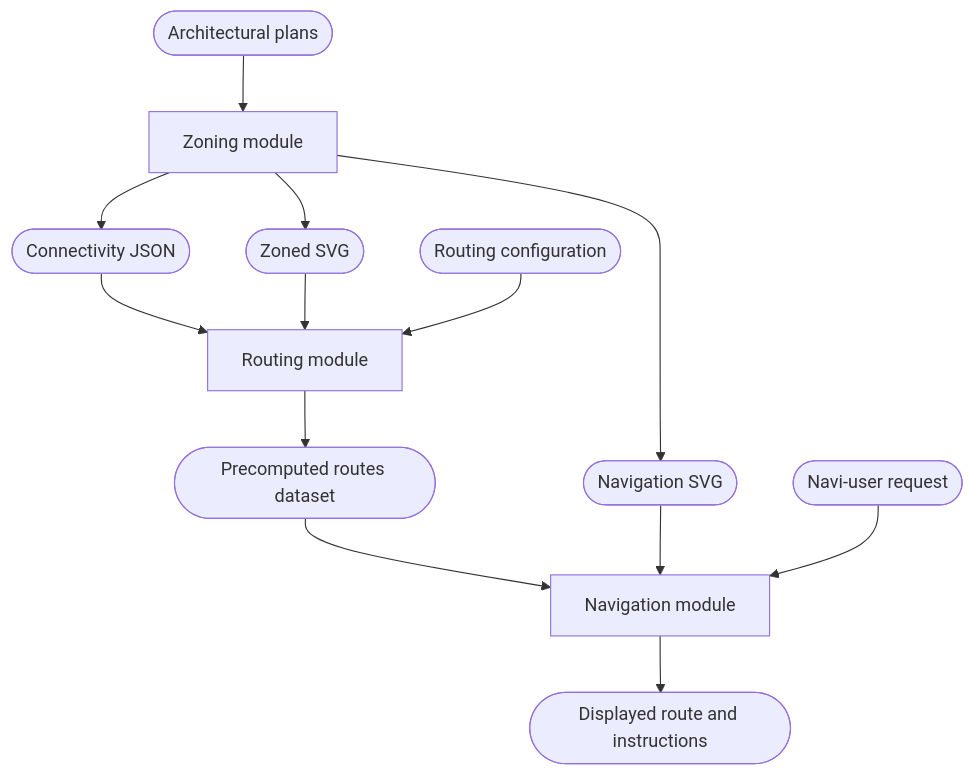
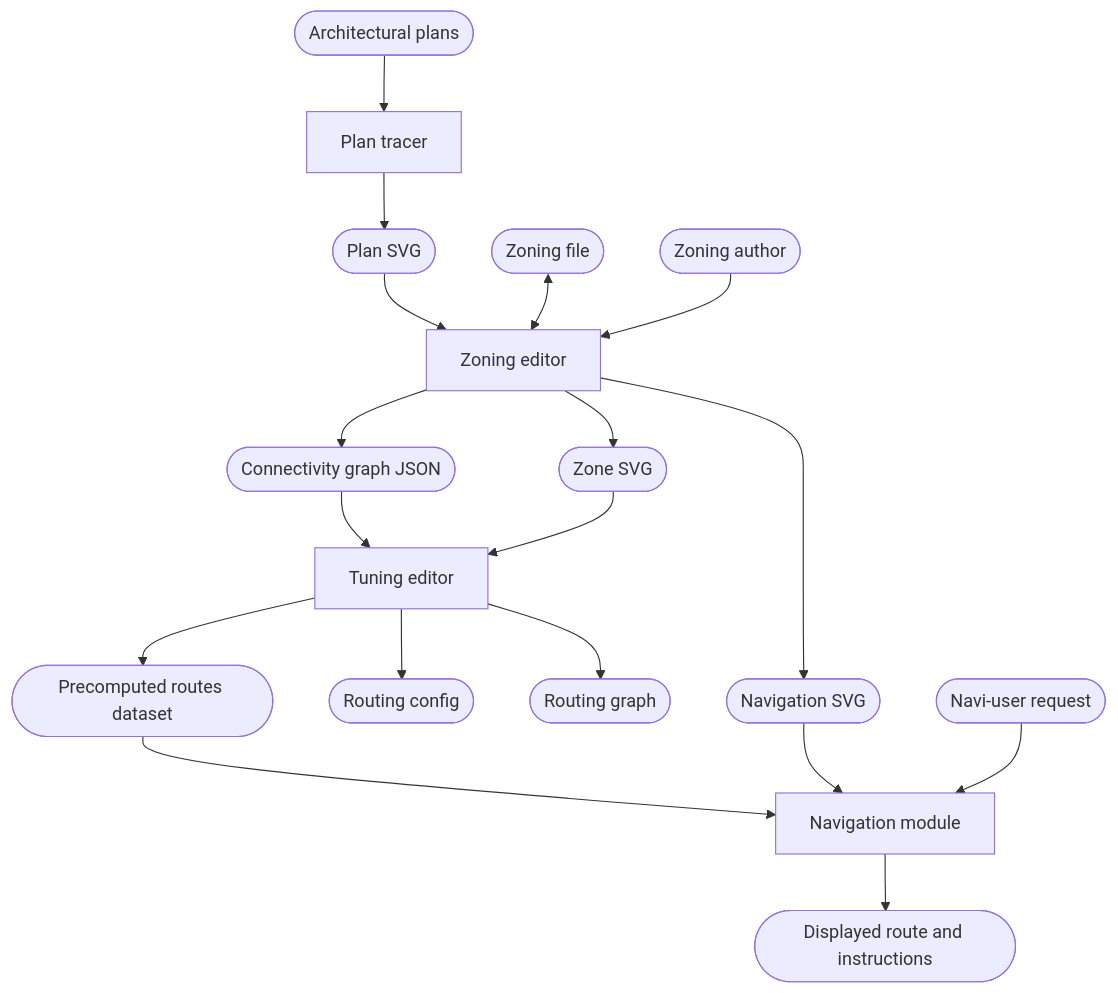
One commit to JanusWebHub/BFW_Wegweiser changed the diagram in docs/system-design.md. Above: the diagram before and after it, drawn with Mermaid. The commit also changed other lines of this file and 2 other files, not shown here.

````diff
--- a/docs/system-design.md
+++ b/docs/system-design.md
@@ -13,15 +9,20 @@
 ```mermaid
 flowchart TB
-Plans([Architectural plans]) --> Zoning[Zoning module]
-Zoning --> Connectivity([Connectivity JSON])
-Zoning --> Zoned([Zoned SVG])
+Plans([Architectural plans]) --> Tracer[Plan tracer]
+Tracer --> Plan([Plan SVG])
+Plan --> Zoning[Zoning editor]
+ZoningFile([Zoning file]) <--> Zoning
+Author([Zoning author]) --> Zoning
+Zoning --> Connectivity([Connectivity graph JSON])
+Zoning --> Zone([Zone SVG])
 Zoning --> Map([Navigation SVG])
-Connectivity --> Routing[Routing module]
-Zoned --> Routing
-Config([Routing configuration]) --> Routing
-Routing --> Data([Precomputed routes dataset])
+Connectivity --> Tuning[Tuning editor]
+Zone --> Tuning
+Tuning --> Config([Routing config])
+Tuning --> Graph([Routing graph])
+Tuning --> Data([Precomputed routes dataset])
 Data --> Navigation[Navigation module]
 Map --> Navigation
 Input([Navi-user request]) --> Navigation
 Navigation --> Output([Displayed route and instructions])
 ```
````
